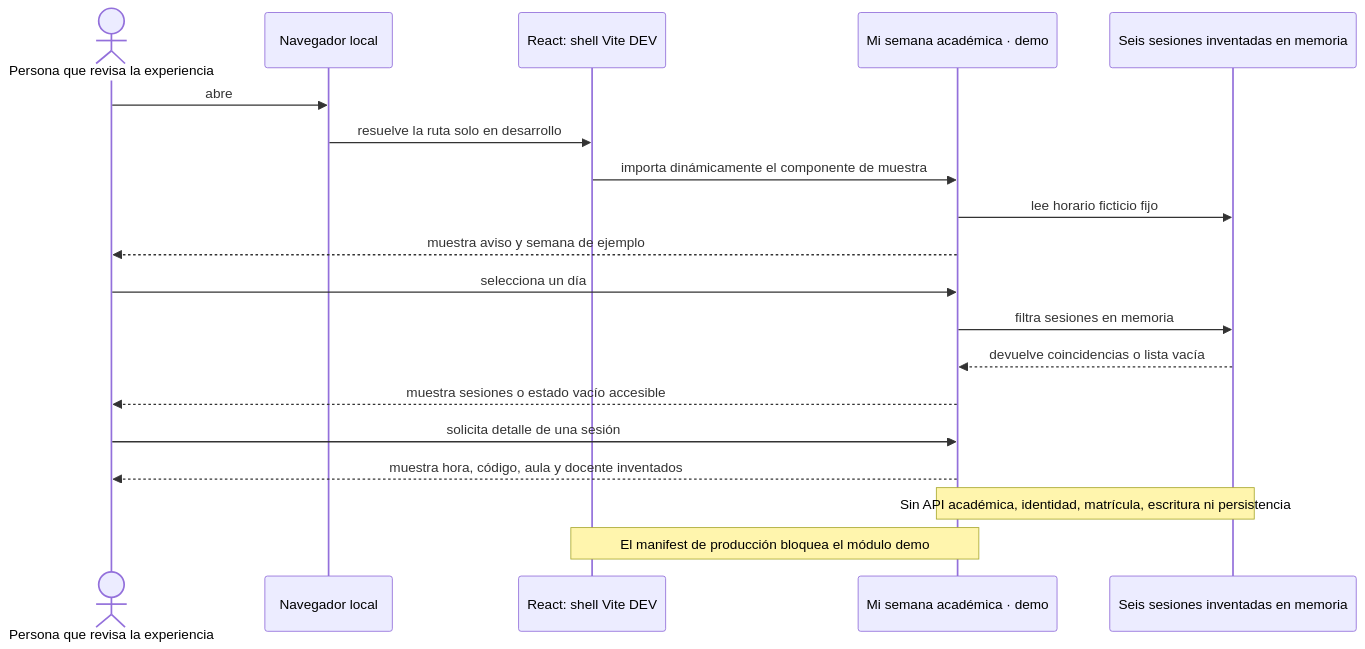
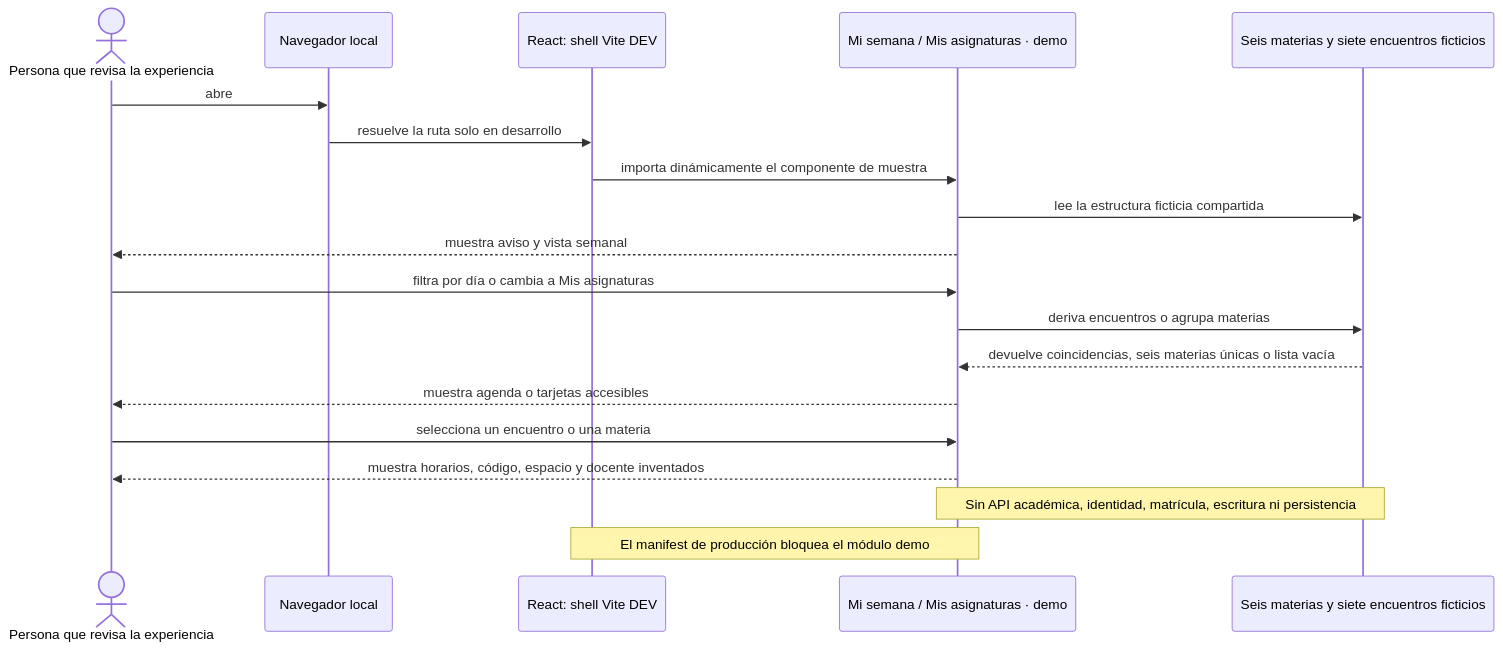
The sixth of 30 diagrams in docs/architecture/process-flows.md (jdsalasca/open-university-backend), drawn with Mermaid before and after one commit. The commit also changed other lines of this file and 4 other files, not shown here.

Commit message:
docs: map student academic subjects demo

````diff
--- a/docs/architecture/process-flows.md
+++ b/docs/architecture/process-flows.md
@@ -222,22 +222,22 @@
 ```mermaid
 sequenceDiagram
   actor Reviewer as Persona que revisa la experiencia
   participant Browser as Navegador local
   participant Shell as React: shell Vite DEV
-  participant Week as Mi semana académica · demo
-  participant Fixtures as Seis sesiones inventadas en memoria
+  participant StudentDemo as Mi semana / Mis asignaturas · demo
+  participant Fixtures as Seis materias y siete encuentros ficticios
 
   Reviewer->>Browser: abre #estudiante-demo
   Browser->>Shell: resuelve la ruta solo en desarrollo
-  Shell->>Week: importa dinámicamente el componente de muestra
-  Week->>Fixtures: lee horario ficticio fijo
-  Week-->>Reviewer: muestra aviso y semana de ejemplo
-  Reviewer->>Week: selecciona un día
-  Week->>Fixtures: filtra sesiones en memoria
-  Fixtures-->>Week: devuelve coincidencias o lista vacía
-  Week-->>Reviewer: muestra sesiones o estado vacío accesible
-  Reviewer->>Week: solicita detalle de una sesión
-  Week-->>Reviewer: muestra hora, código, aula y docente inventados
-  Note over Week,Fixtures: Sin API académica, identidad, matrícula, escritura ni persistencia
-  Note over Shell,Week: El manifest de producción bloquea el módulo demo
+  Shell->>StudentDemo: importa dinámicamente el componente de muestra
+  StudentDemo->>Fixtures: lee la estructura ficticia compartida
+  StudentDemo-->>Reviewer: muestra aviso y vista semanal
+  Reviewer->>StudentDemo: filtra por día o cambia a Mis asignaturas
+  StudentDemo->>Fixtures: deriva encuentros o agrupa materias
+  Fixtures-->>StudentDemo: devuelve coincidencias, seis materias únicas o lista vacía
+  StudentDemo-->>Reviewer: muestra agenda o tarjetas accesibles
+  Reviewer->>StudentDemo: selecciona un encuentro o una materia
+  StudentDemo-->>Reviewer: muestra horarios, código, espacio y docente inventados
+  Note over StudentDemo,Fixtures: Sin API académica, identidad, matrícula, escritura ni persistencia
+  Note over Shell,StudentDemo: El manifest de producción bloquea el módulo demo
 ```
````
